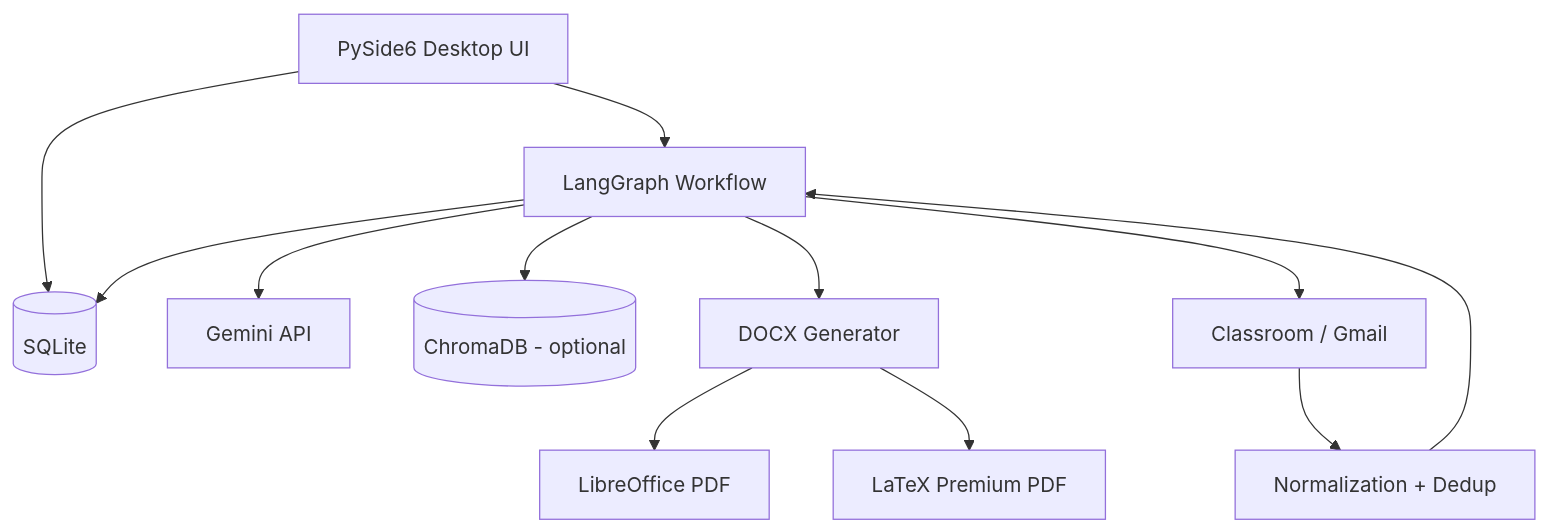
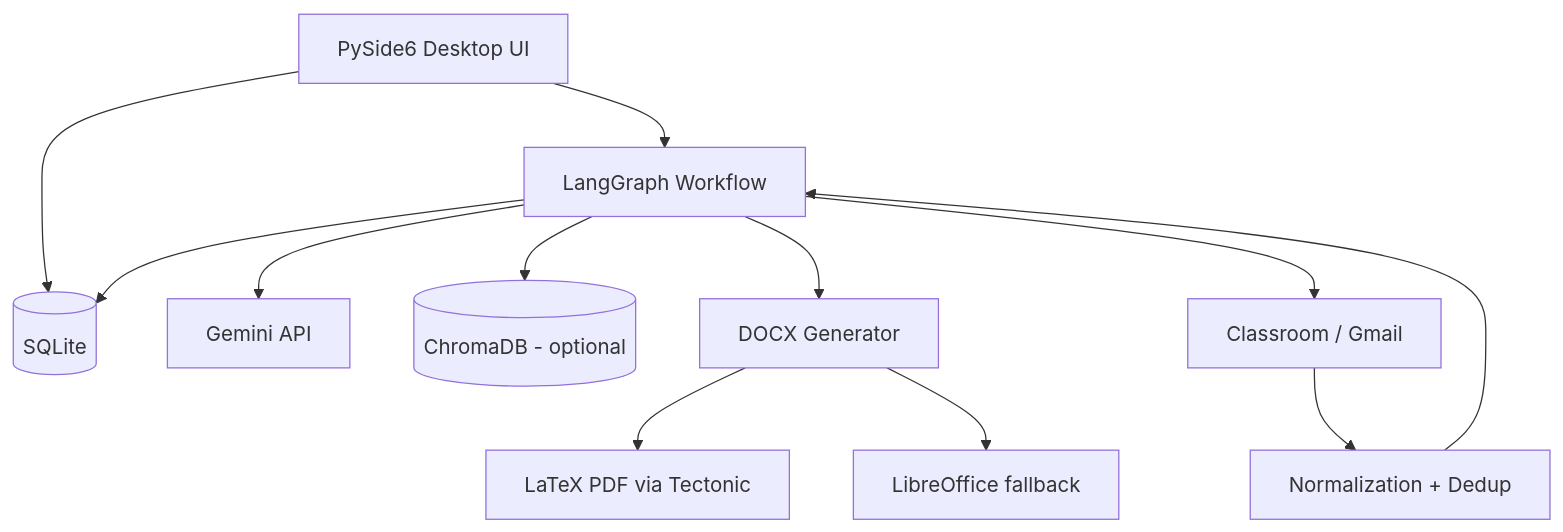
Before and after one commit to prabeshbchettri/Academic_Assistant: the first of 2 diagrams in plan.md, drawn with Mermaid. The commit also changed other lines of this file and 1 other file, not shown here.

First line of the commit message:
docs: make LaTeX via Tectonic the default PDF engine

````diff
--- a/plan.md
+++ b/plan.md
@@ -68,14 +68,14 @@
 ```mermaid
 flowchart TD
     UI[PySide6 Desktop UI] --> WF[LangGraph Workflow]
     UI --> DB[(SQLite)]
     WF --> DB
     WF --> LLM[Gemini API]
     WF --> RAG[(ChromaDB - optional)]
     WF --> DOC[DOCX Generator]
-    DOC --> LO[LibreOffice PDF]
-    DOC --> LT[LaTeX Premium PDF]
+    DOC --> LT[LaTeX PDF via Tectonic]
+    DOC --> LO[LibreOffice fallback]
     WF --> G[Classroom / Gmail]
     G --> NORM[Normalization + Dedup]
     NORM --> WF
 ```
````
